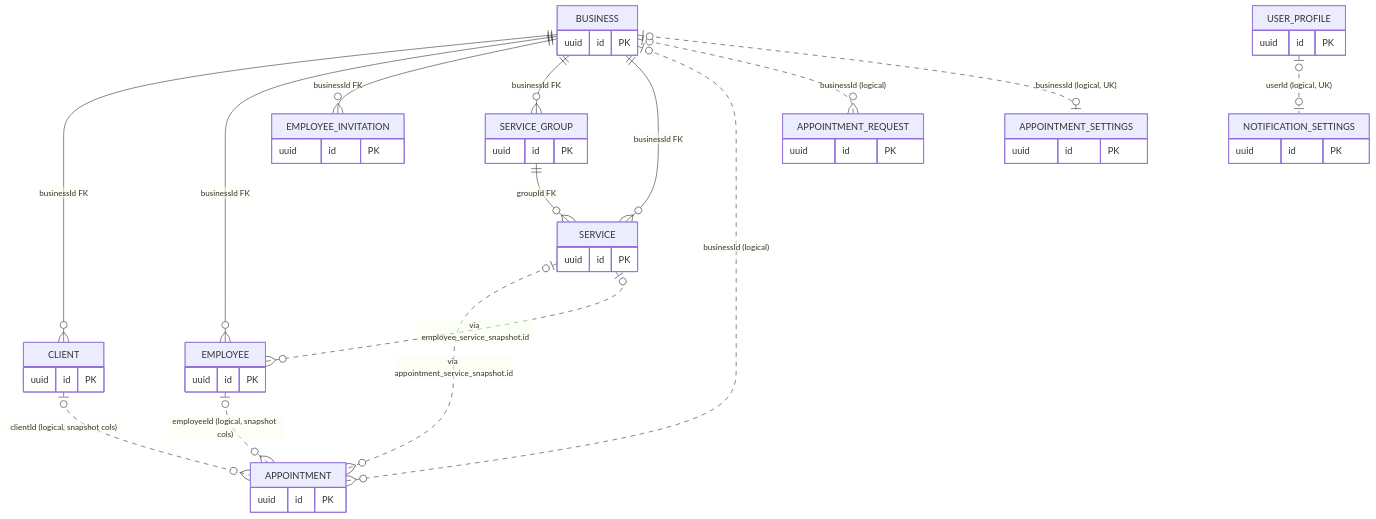
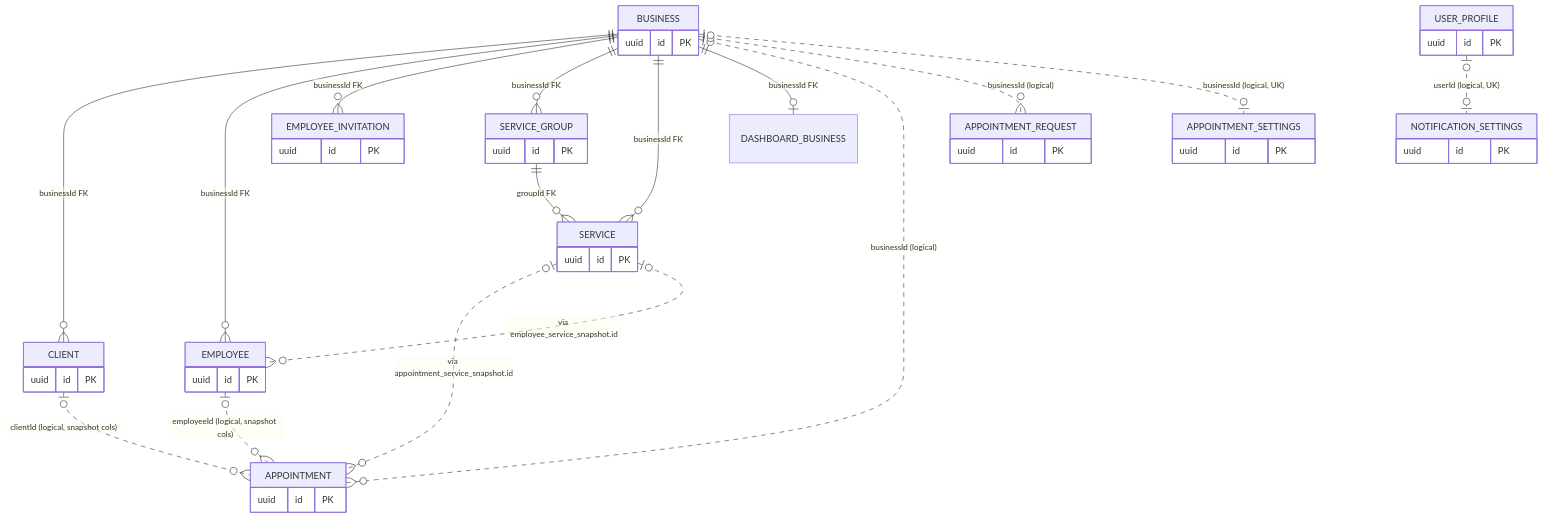
One commit to nocturneproperties/bookkme-client changed the diagram in docs/database/overview.md. Above: the diagram before and after it, drawn with Mermaid. The commit also changed 32 other files, not shown here.

````diff
--- a/docs/database/overview.md
+++ b/docs/database/overview.md
@@ -10,52 +10,53 @@
 ```mermaid
 erDiagram
     BUSINESS ||--o{ CLIENT : "businessId FK"
     BUSINESS ||--o{ EMPLOYEE : "businessId FK"
     BUSINESS ||--o{ EMPLOYEE_INVITATION : "businessId FK"
     BUSINESS ||--o{ SERVICE_GROUP : "businessId FK"
     BUSINESS ||--o{ SERVICE : "businessId FK"
+    BUSINESS ||--o| DASHBOARD_BUSINESS : "businessId FK"
     SERVICE_GROUP ||--o{ SERVICE : "groupId FK"
 
     BUSINESS |o..o{ APPOINTMENT : "businessId (logical)"
     BUSINESS |o..o{ APPOINTMENT_REQUEST : "businessId (logical)"
     BUSINESS |o..o| APPOINTMENT_SETTINGS : "businessId (logical, UK)"
     CLIENT |o..o{ APPOINTMENT : "clientId (logical, snapshot cols)"
     EMPLOYEE |o..o{ APPOINTMENT : "employeeId (logical, snapshot cols)"
     SERVICE |o..o{ APPOINTMENT : "via appointment_service_snapshot.id"
     SERVICE |o..o{ EMPLOYEE : "via employee_service_snapshot.id"
     USER_PROFILE |o..o| NOTIFICATION_SETTINGS : "userId (logical, UK)"
 
     BUSINESS {
         uuid id PK
     }
     CLIENT {
         uuid id PK
     }
     EMPLOYEE {
         uuid id PK
     }
     EMPLOYEE_INVITATION {
         uuid id PK
     }
     SERVICE_GROUP {
         uuid id PK
     }
     SERVICE {
         uuid id PK
     }
     APPOINTMENT {
         uuid id PK
     }
     APPOINTMENT_REQUEST {
         uuid id PK
     }
     APPOINTMENT_SETTINGS {
         uuid id PK
     }
     USER_PROFILE {
         uuid id PK
     }
     NOTIFICATION_SETTINGS {
         uuid id PK
     }
 ```
````
